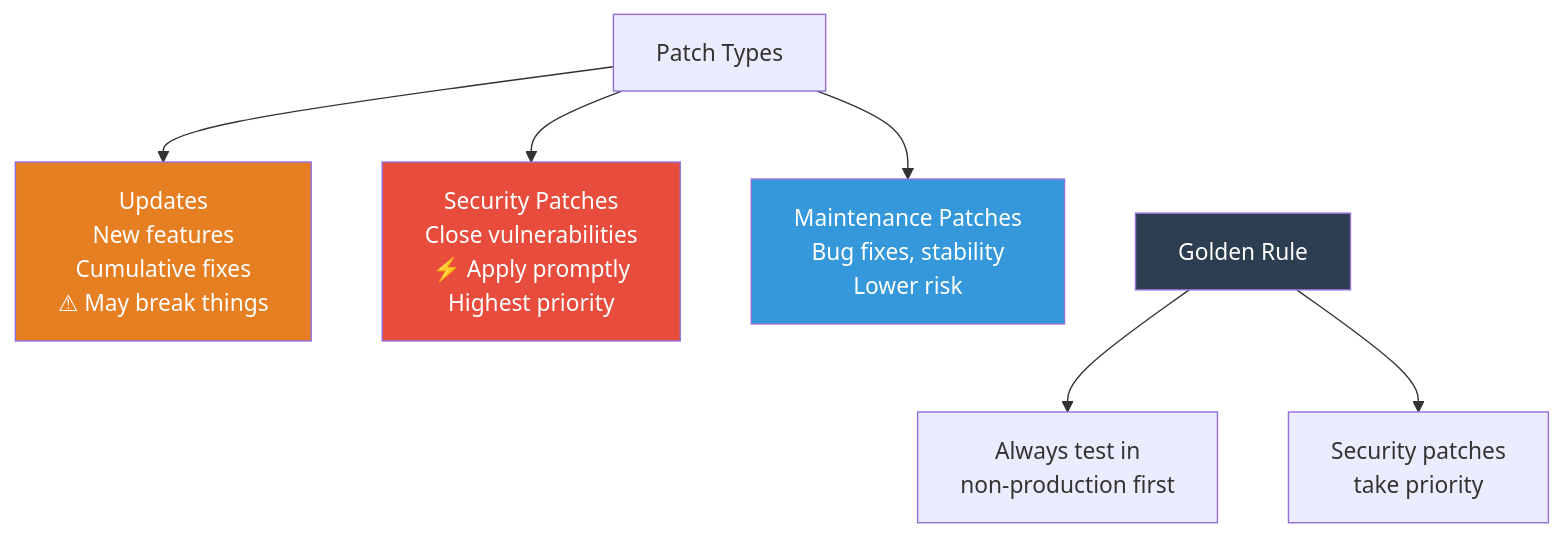
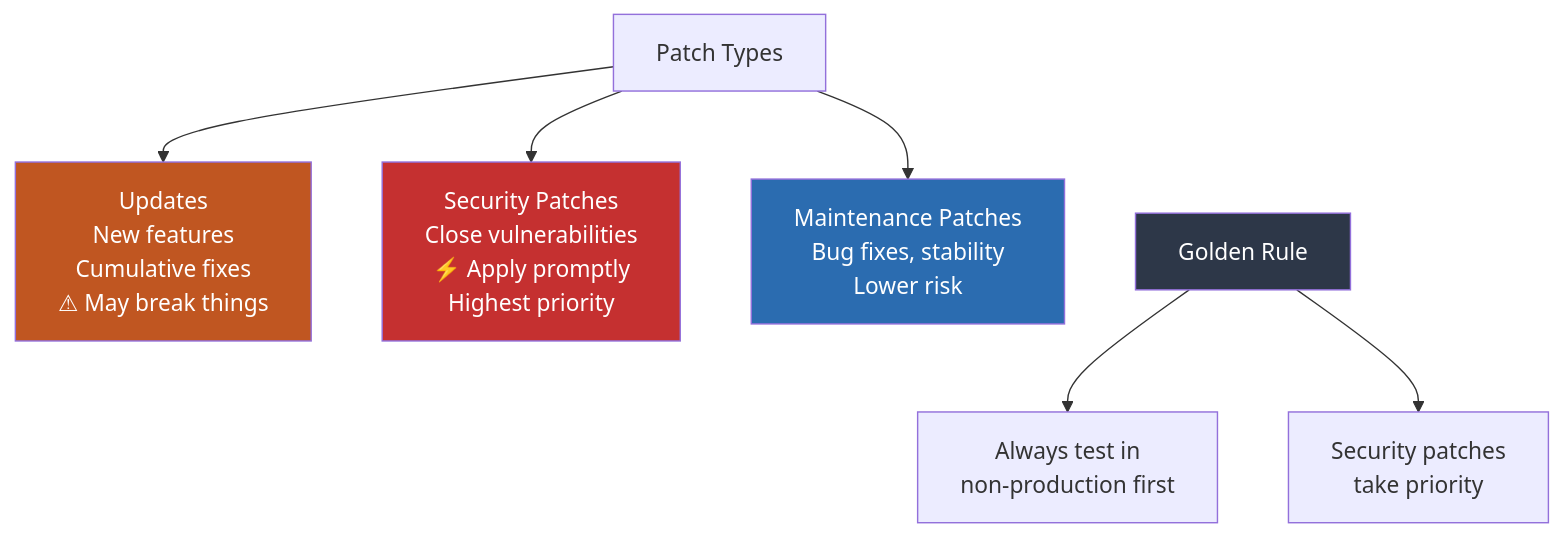
Before and after one commit to George-API/CompTIA_DataSys_Study_Guide: diagram 18 of 39 in 07-Visual-Study-Diagrams.md, drawn with Mermaid. The commit also changed other lines of this file, not shown here.

Commit message:
Improvements to visual study mermaid diagrams

````diff
--- a/07-Visual-Study-Diagrams.md
+++ b/07-Visual-Study-Diagrams.md
@@ -434,16 +434,16 @@
 ```mermaid
 flowchart TD
-    PATCH["Patch Types"] --> UPD["Updates\nNew features\nCumulative fixes\n⚠ May break things"]
-    PATCH --> SEC["Security Patches\nClose vulnerabilities\n⚡ Apply promptly\nHighest priority"]
-    PATCH --> MNT["Maintenance Patches\nBug fixes, stability\nLower risk"]
+    PATCH["Patch Types"] --> UPD["Updates<br/>New features<br/>Cumulative fixes<br/>⚠ May break things"]
+    PATCH --> SEC["Security Patches<br/>Close vulnerabilities<br/>⚡ Apply promptly<br/>Highest priority"]
+    PATCH --> MNT["Maintenance Patches<br/>Bug fixes, stability<br/>Lower risk"]
 
-    RULE["Golden Rule"] --> R1["Always test in\nnon-production first"]
-    RULE --> R2["Security patches\ntake priority"]
+    RULE["Golden Rule"] --> R1["Always test in<br/>non-production first"]
+    RULE --> R2["Security patches<br/>take priority"]
 
     PATCH ~~~ RULE
 
-    style SEC fill:#e74c3c,color:#fff
-    style UPD fill:#e67e22,color:#fff
-    style MNT fill:#3498db,color:#fff
-    style RULE fill:#2c3e50,color:#fff
+    style SEC fill:#C53030,color:#fff
+    style UPD fill:#C05621,color:#fff
+    style MNT fill:#2B6CB0,color:#fff
+    style RULE fill:#2D3748,color:#fff
 ```
````
